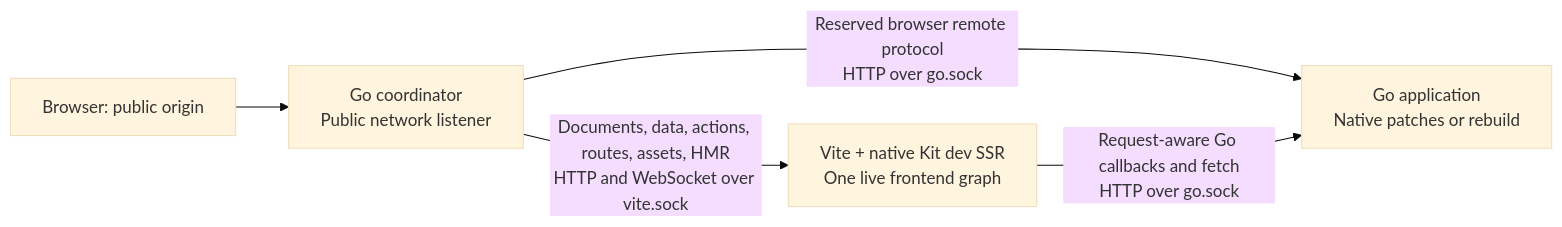
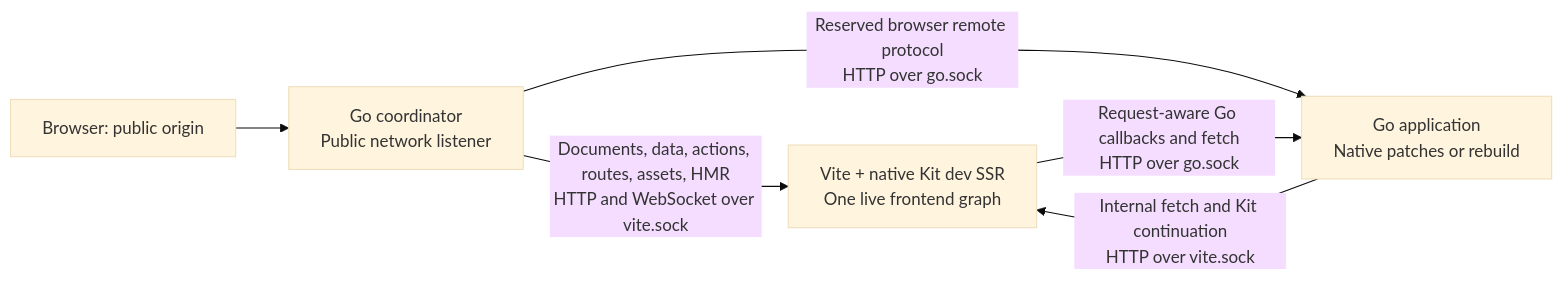
One commit to tylergannon/skgo changed the diagram in ephemeral/projects/dev-server/DESIGN.md. Above: the diagram before and after it, drawn with Mermaid (base theme). The commit also changed other lines of this file and 2 other files, not shown here.

````diff
--- a/ephemeral/projects/dev-server/DESIGN.md
+++ b/ephemeral/projects/dev-server/DESIGN.md
@@ -9,13 +9,15 @@
 ```mermaid
 flowchart LR
     B[Browser: public origin] --> C[Go coordinator
 Public network listener]
     C -->|Documents, data, actions, routes, assets, HMR
 HTTP and WebSocket over vite.sock| V[Vite + native Kit dev SSR
 One live frontend graph]
     C -->|Reserved browser remote protocol
 HTTP over go.sock| G[Go application
 Native patches or rebuild]
     V -->|Request-aware Go callbacks and fetch
 HTTP over go.sock| G
+    G -->|Internal fetch and Kit continuation
+HTTP over vite.sock| V
 ```
````
